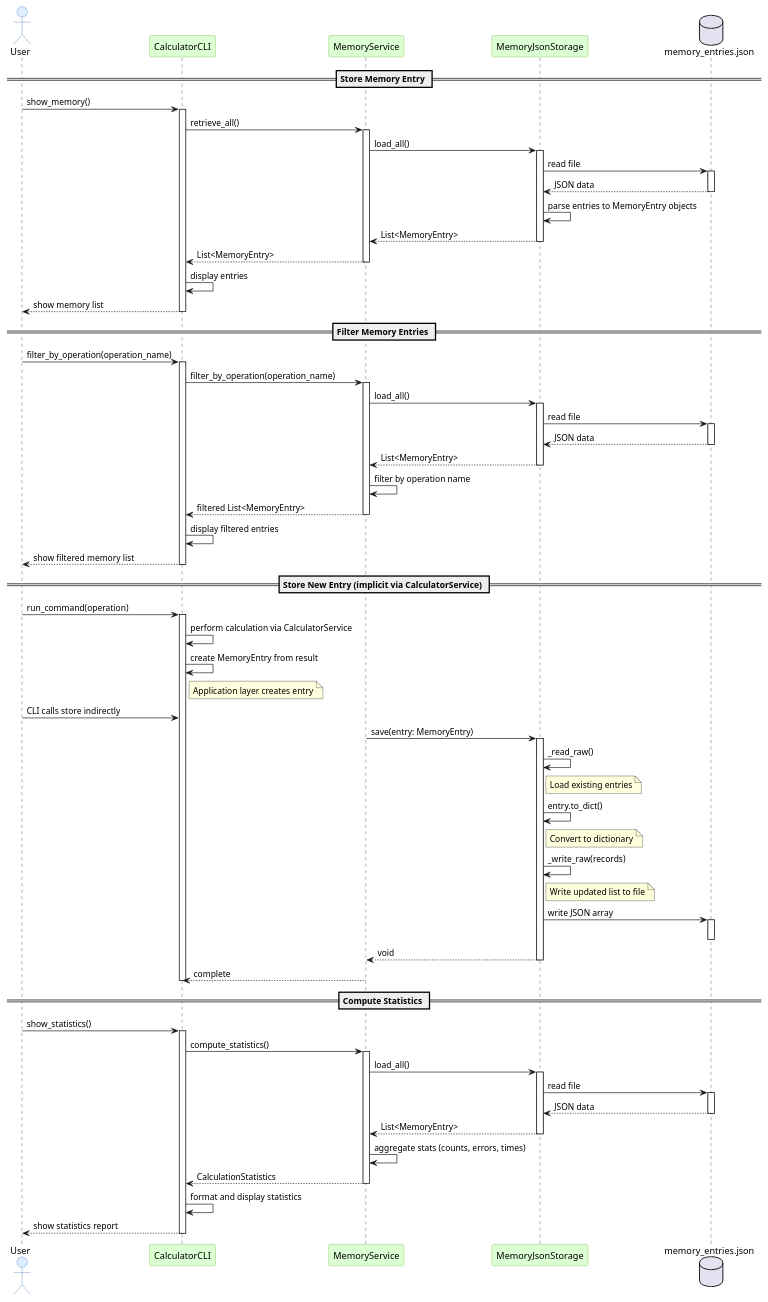
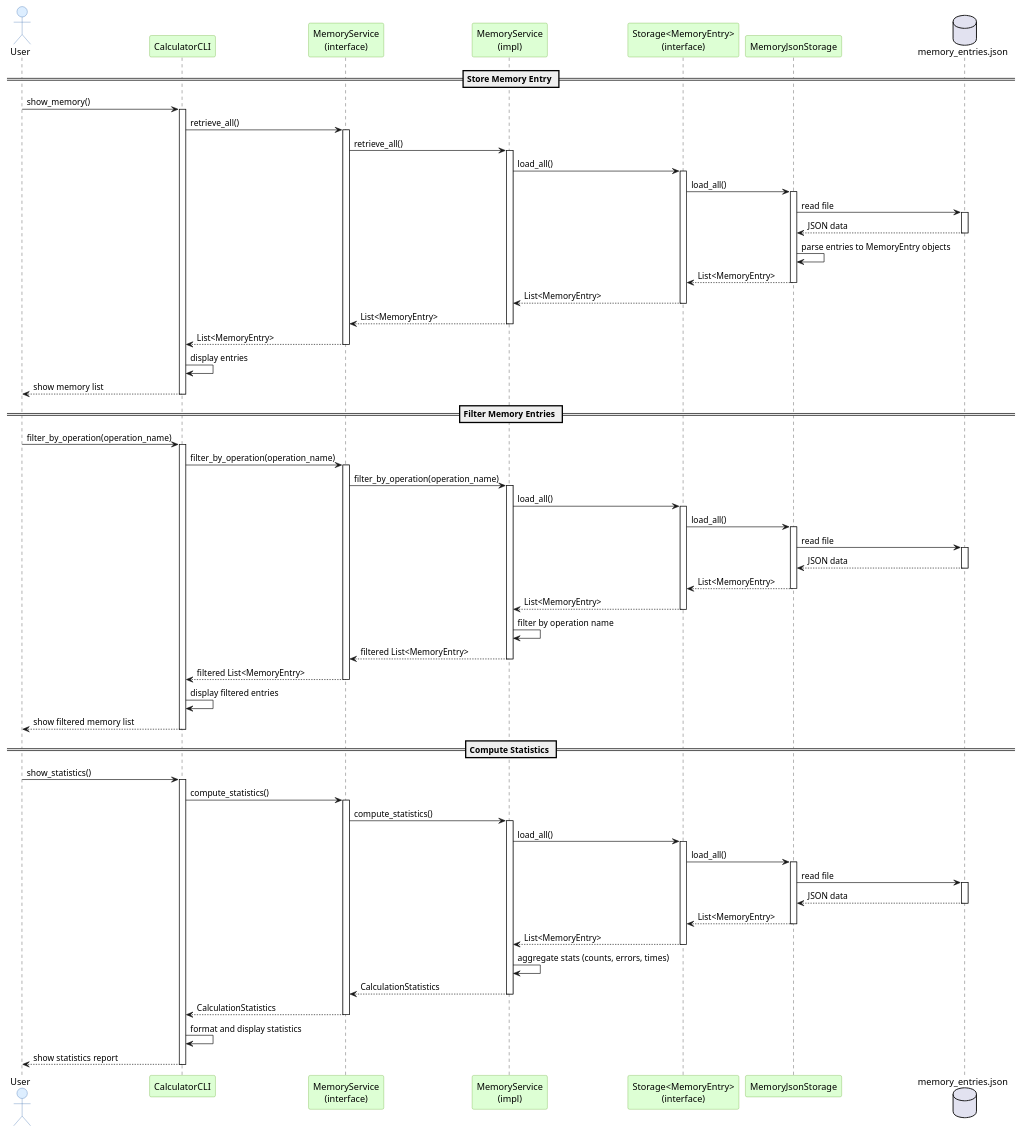
Before and after one commit to DanielRiha8906/Software_autoevolution_using_agents: the diagram in experiments/pipeline/structured_text/calculator/artifacts/sequence_diagram_memory.puml, drawn with PlantUML. The commit also changed 9 other files, not shown here.

First line of the commit message:
Task 09: Separate core components with protocol-based architecture

```diff
--- a/experiments/pipeline/structured_text/calculator/artifacts/sequence_diagram_memory.puml
+++ b/experiments/pipeline/structured_text/calculator/artifacts/sequence_diagram_memory.puml
@@ -1,102 +1,103 @@
 @startuml sequence_diagram_memory
 
 skinparam sequenceActorBackgroundColor #DDEEFF
 skinparam sequenceActorBorderColor #3366AA
 skinparam sequenceParticipantBackgroundColor #DDFFD4
 skinparam sequenceParticipantBorderColor #66AA33
 
 actor User
 participant "CalculatorCLI" as CLI
-participant "MemoryService" as MemService
+participant "MemoryService\n(interface)" as MemServiceProto
+participant "MemoryService\n(impl)" as MemService
+participant "Storage<MemoryEntry>\n(interface)" as StorageProto
 participant "MemoryJsonStorage" as MemStore
 database "memory_entries.json" as DB
 
 == Store Memory Entry ==
 
 User -> CLI: show_memory()
 activate CLI
-CLI -> MemService: retrieve_all()
+CLI -> MemServiceProto: retrieve_all()
+activate MemServiceProto
+MemServiceProto -> MemService: retrieve_all()
 activate MemService
-MemService -> MemStore: load_all()
+MemService -> StorageProto: load_all()
+activate StorageProto
+StorageProto -> MemStore: load_all()
 activate MemStore
 MemStore -> DB: read file
 activate DB
 DB --> MemStore: JSON data
 deactivate DB
 MemStore -> MemStore: parse entries to MemoryEntry objects
-MemStore --> MemService: List<MemoryEntry>
+MemStore --> StorageProto: List<MemoryEntry>
 deactivate MemStore
-MemService --> CLI: List<MemoryEntry>
+StorageProto --> MemService: List<MemoryEntry>
+deactivate StorageProto
+MemService --> MemServiceProto: List<MemoryEntry>
 deactivate MemService
+MemServiceProto --> CLI: List<MemoryEntry>
+deactivate MemServiceProto
 CLI -> CLI: display entries
 CLI --> User: show memory list
 deactivate CLI
 
 == Filter Memory Entries ==
 
 User -> CLI: filter_by_operation(operation_name)
 activate CLI
-CLI -> MemService: filter_by_operation(operation_name)
+CLI -> MemServiceProto: filter_by_operation(operation_name)
+activate MemServiceProto
+MemServiceProto -> MemService: filter_by_operation(operation_name)
 activate MemService
-MemService -> MemStore: load_all()
+MemService -> StorageProto: load_all()
+activate StorageProto
+StorageProto -> MemStore: load_all()
 activate MemStore
 MemStore -> DB: read file
 activate DB
 DB --> MemStore: JSON data
 deactivate DB
-MemStore --> MemService: List<MemoryEntry>
+MemStore --> StorageProto: List<MemoryEntry>
 deactivate MemStore
+StorageProto --> MemService: List<MemoryEntry>
+deactivate StorageProto
 MemService -> MemService: filter by operation name
-MemService --> CLI: filtered List<MemoryEntry>
+MemService --> MemServiceProto: filtered List<MemoryEntry>
 deactivate MemService
+MemServiceProto --> CLI: filtered List<MemoryEntry>
+deactivate MemServiceProto
 CLI -> CLI: display filtered entries
 CLI --> User: show filtered memory list
-deactivate CLI
-
-== Store New Entry (implicit via CalculatorService) ==
-
-User -> CLI: run_command(operation)
-activate CLI
-CLI -> CLI: perform calculation via CalculatorService
-CLI -> CLI: create MemoryEntry from result
-note right of CLI: Application layer creates entry
-
-User -> CLI: CLI calls store indirectly
-MemService -> MemStore: save(entry: MemoryEntry)
-activate MemStore
-MemStore -> MemStore: _read_raw()
-note right of MemStore: Load existing entries
-MemStore -> MemStore: entry.to_dict()
-note right of MemStore: Convert to dictionary
-MemStore -> MemStore: _write_raw(records)
-note right of MemStore: Write updated list to file
-MemStore -> DB: write JSON array
-activate DB
-deactivate DB
-MemStore --> MemService: void
-deactivate MemStore
-MemService --> CLI: complete
 deactivate CLI
 
 == Compute Statistics ==
 
 User -> CLI: show_statistics()
 activate CLI
-CLI -> MemService: compute_statistics()
+CLI -> MemServiceProto: compute_statistics()
+activate MemServiceProto
+MemServiceProto -> MemService: compute_statistics()
 activate MemService
-MemService -> MemStore: load_all()
+MemService -> StorageProto: load_all()
+activate StorageProto
+StorageProto -> MemStore: load_all()
 activate MemStore
 MemStore -> DB: read file
 activate DB
 DB --> MemStore: JSON data
 deactivate DB
-MemStore --> MemService: List<MemoryEntry>
+MemStore --> StorageProto: List<MemoryEntry>
 deactivate MemStore
+StorageProto --> MemService: List<MemoryEntry>
+deactivate StorageProto
 MemService -> MemService: aggregate stats (counts, errors, times)
-MemService --> CLI: CalculationStatistics
+MemService --> MemServiceProto: CalculationStatistics
 deactivate MemService
+MemServiceProto --> CLI: CalculationStatistics
+deactivate MemServiceProto
 CLI -> CLI: format and display statistics
 CLI --> User: show statistics report
 deactivate CLI
 
 @enduml
```
